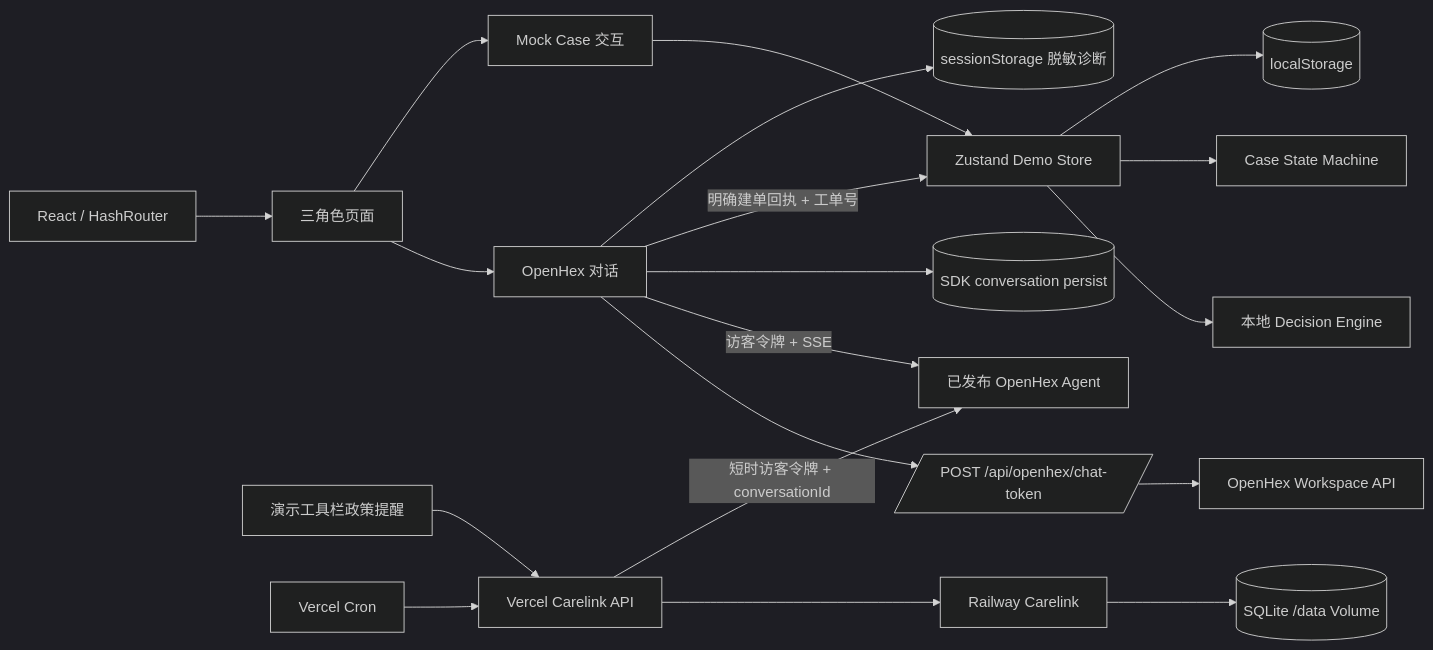
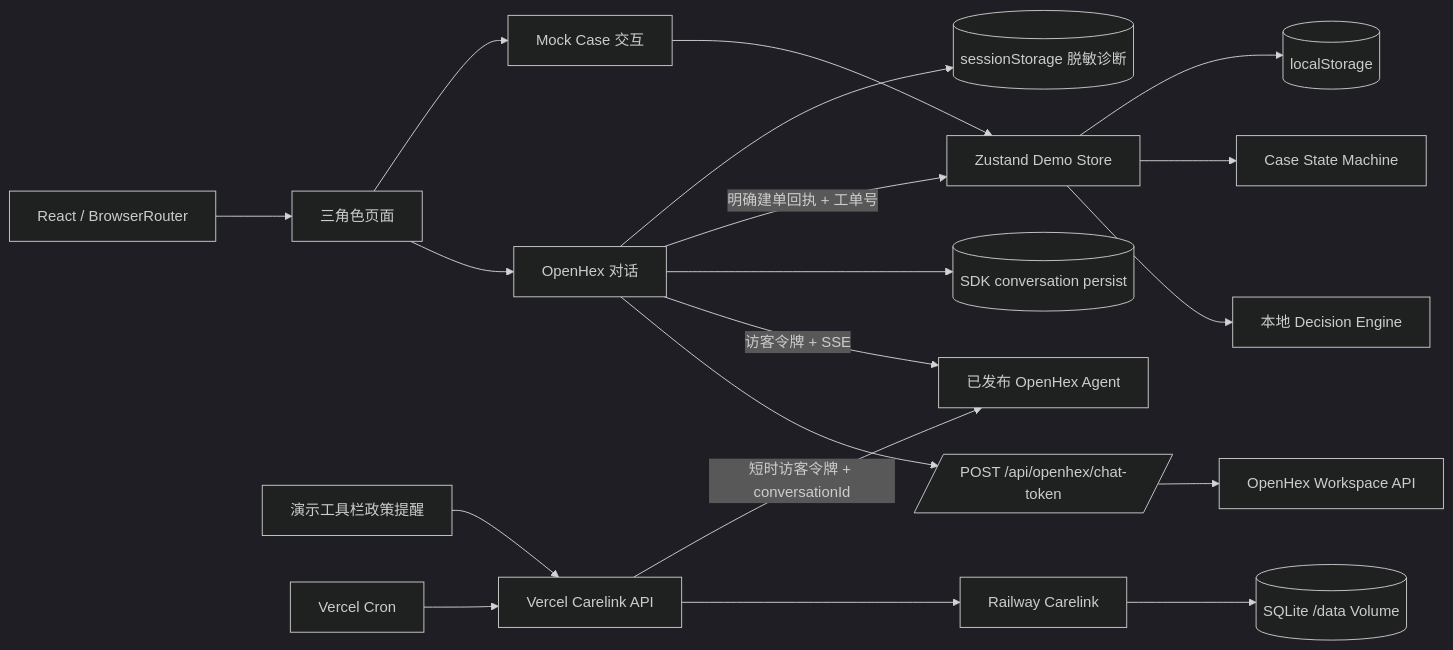
The first of 2 diagrams in docs/architecture.md (McdonaldsQueen/anxu-eldercare-demo), drawn with Mermaid (dark theme) before and after one commit. The commit also changed other lines of this file and 12 other files, not shown here.

Commit message:
docs: sync architecture and production readiness

````diff
--- a/docs/architecture.md
+++ b/docs/architecture.md
@@ -5,21 +5,21 @@
 ```mermaid
 flowchart LR
-  Browser[React / HashRouter] --> Pages[三角色页面]
+  Browser[React / BrowserRouter] --> Pages[三角色页面]
   Pages --> AgentUI[OpenHex 对话]
   Pages --> MockUI[Mock Case 交互]
   AgentUI --> Token[/POST /api/openhex/chat-token/]
   Token --> Workspace[OpenHex Workspace API]
   AgentUI -->|访客令牌 + SSE| Agent[已发布 OpenHex Agent]
   Toolbar[演示工具栏政策提醒] --> CareApi[Vercel Carelink API]
   Cron[Vercel Cron] --> CareApi
   CareApi --> Railway[Railway Carelink]
   Railway --> PolicyDB[(SQLite /data Volume)]
   CareApi -->|短时访客令牌 + conversationId| Agent
   MockUI --> Store[Zustand Demo Store]
   Store --> Decision[本地 Decision Engine]
   Store --> Machine[Case State Machine]
   Store --> Local[(localStorage)]
   AgentUI --> Session[(SDK conversation persist)]
   AgentUI -->|明确建单回执 + 工单号| Store
   AgentUI --> Diagnostics[(sessionStorage 脱敏诊断)]
 ```
````
